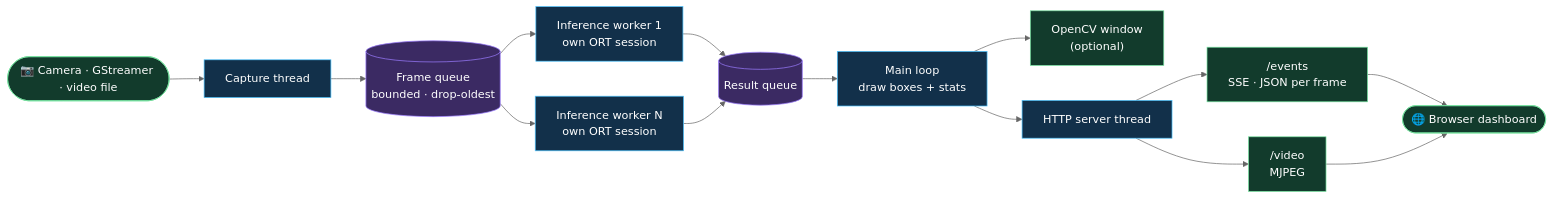
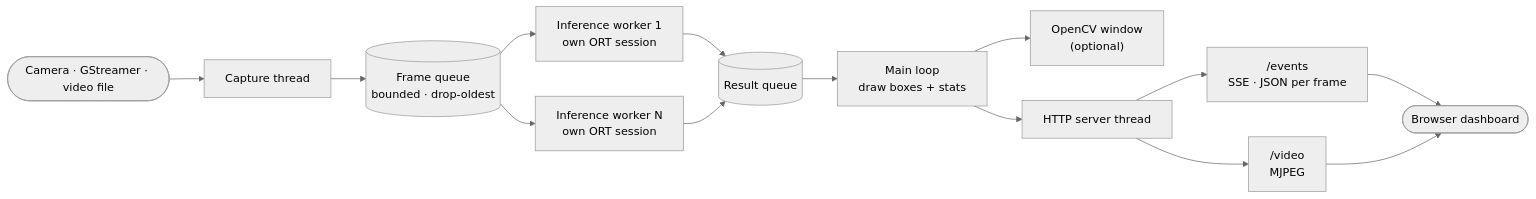
Before and after one commit to lehunghieu1503/cpp-realtime-video-analytics: the diagram in README.md, drawn with Mermaid (neutral theme). The commit also changed other lines of this file, not shown here.

Commit message:
docs(readme): drop emoji and mute the badge and diagram colours

````diff
--- a/README.md
+++ b/README.md
@@ -126,23 +124,16 @@
 ```mermaid
 flowchart LR
-    src(["📷 Camera · GStreamer · video file"]) --> cap["Capture thread"]
+    src(["Camera · GStreamer · video file"]) --> cap["Capture thread"]
     cap --> fq[("Frame queue<br/>bounded · drop-oldest")]
     fq --> w1["Inference worker 1<br/>own ORT session"]
     fq --> wn["Inference worker N<br/>own ORT session"]
     w1 --> rq[("Result queue")]
     wn --> rq
     rq --> main["Main loop<br/>draw boxes + stats"]
     main --> win["OpenCV window<br/>(optional)"]
     main --> http["HTTP server thread"]
     http --> ev["/events<br/>SSE · JSON per frame"]
     http --> vid["/video<br/>MJPEG"]
-    ev --> dash(["🌐 Browser dashboard"])
+    ev --> dash(["Browser dashboard"])
     vid --> dash
-
-    classDef q fill:#3b2a63,stroke:#9b7bff,color:#fff
-    classDef t fill:#12304a,stroke:#4cc3ff,color:#fff
-    classDef io fill:#123b2c,stroke:#76e3a0,color:#fff
-    class fq,rq q
-    class cap,w1,wn,main,http t
-    class src,dash,win,ev,vid io
 ```
````
